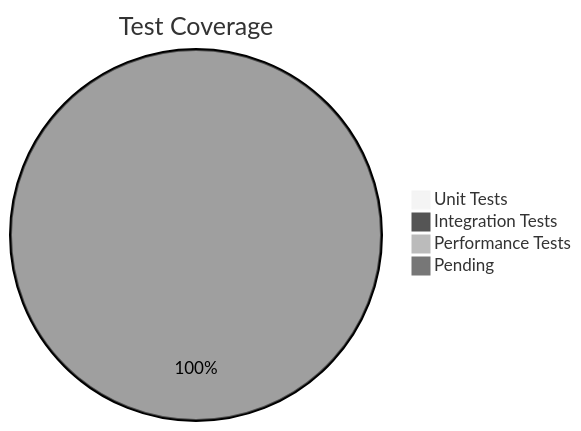
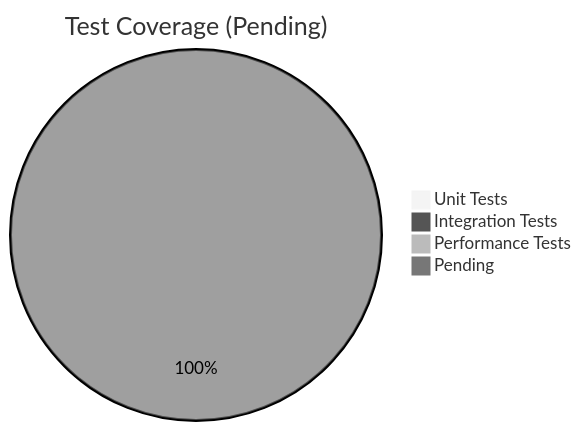
Before and after one commit to hackathon-nstech/database-nsdocs-consumption-module: the second of 3 diagrams in memory-bank/progress.md, drawn with Mermaid (neutral theme). The commit also changed other lines of this file and 25 other files, not shown here.

````diff
--- a/memory-bank/progress.md
+++ b/memory-bank/progress.md
@@ -117,7 +118,7 @@
 ```mermaid
-pie title Test Coverage
+pie title Test Coverage (Pending)
     "Unit Tests" : 0
     "Integration Tests" : 0
     "Performance Tests" : 0
     "Pending" : 100
 ```
````
